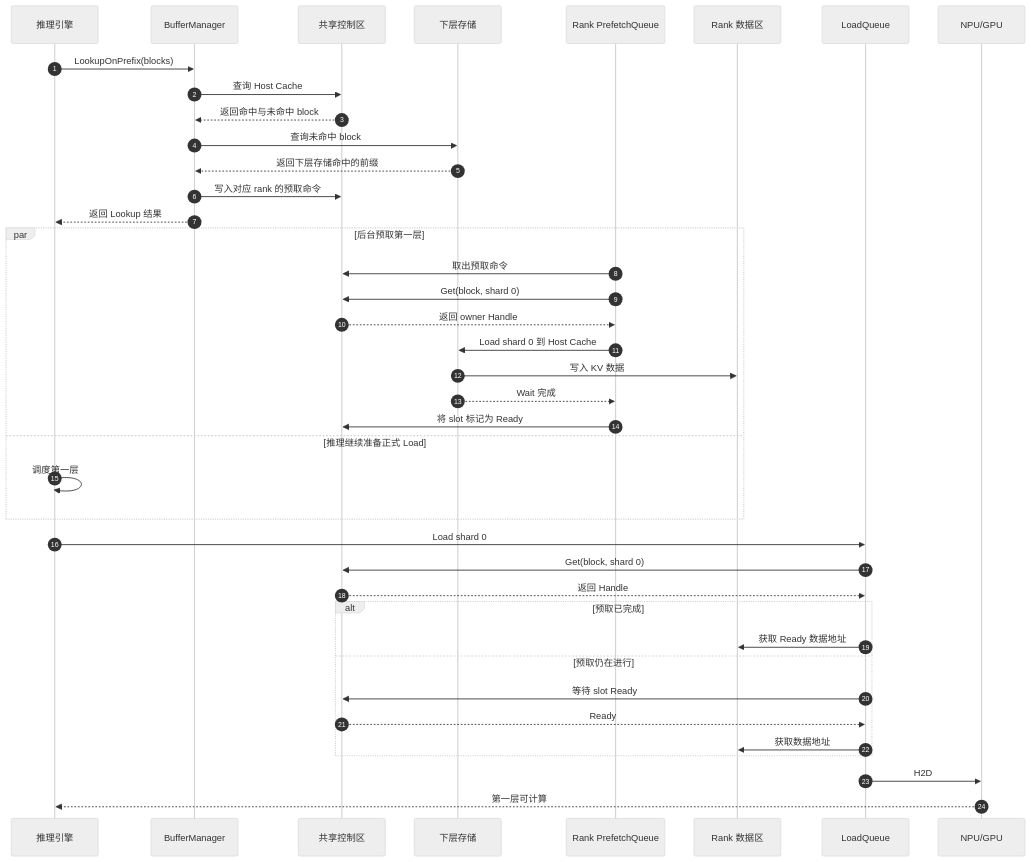
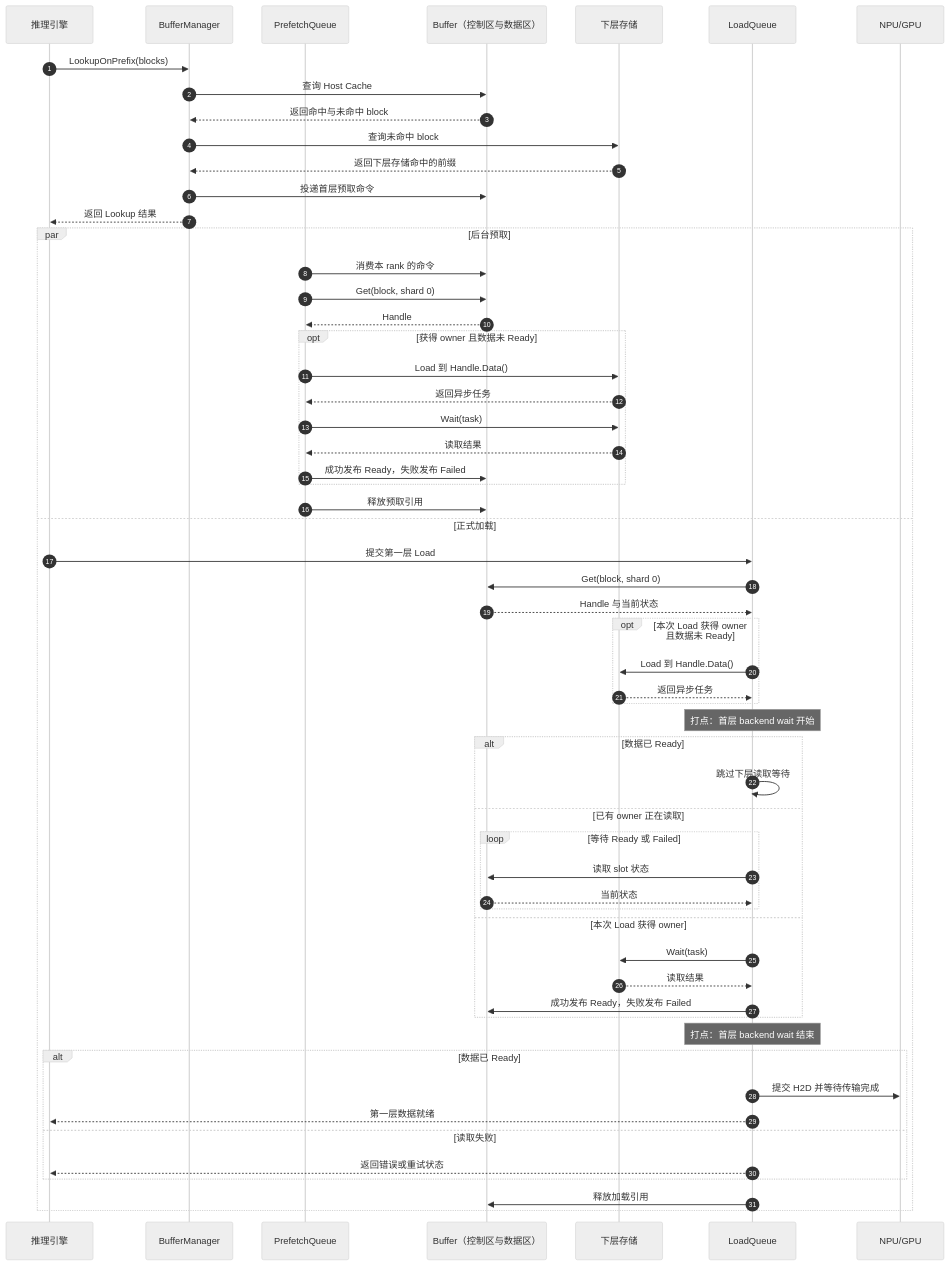
The second of 2 diagrams in docs/source/developer-guide/cache_control_data_separation_and_first_layer_prefetch.md (NaganooMei/unified-cache-management), drawn with Mermaid (neutral theme) before and after one commit. The commit also changed other lines of this file and 1 other file, not shown here.

Commit message:
docs: refine cache design narrative and diagrams

```diff
--- a/docs/source/developer-guide/cache_control_data_separation_and_first_layer_prefetch.md
+++ b/docs/source/developer-guide/cache_control_data_separation_and_first_layer_prefetch.md
@@ -139,45 +91,62 @@
 ~~~mermaid
 sequenceDiagram
     autonumber
     participant E as 推理引擎
     participant M as BufferManager
-    participant C as 共享控制区
+    participant P as PrefetchQueue
+    participant C as Buffer（控制区与数据区）
     participant B as 下层存储
-    participant P as Rank PrefetchQueue
-    participant D as Rank 数据区
     participant L as LoadQueue
     participant N as NPU/GPU
 
     E->>M: LookupOnPrefix(blocks)
     M->>C: 查询 Host Cache
     C-->>M: 返回命中与未命中 block
     M->>B: 查询未命中 block
     B-->>M: 返回下层存储命中的前缀
-    M->>C: 写入对应 rank 的预取命令
+    M->>C: 投递首层预取命令
     M-->>E: 返回 Lookup 结果
 
-    par 后台预取第一层
-        P->>C: 取出预取命令
+    par 后台预取
+        P->>C: 消费本 rank 的命令
         P->>C: Get(block, shard 0)
-        C-->>P: 返回 owner Handle
-        P->>B: Load shard 0 到 Host Cache
-        B->>D: 写入 KV 数据
-        B-->>P: Wait 完成
-        P->>C: 将 slot 标记为 Ready
-    and 推理继续准备正式 Load
-        E->>E: 调度第一层
+        C-->>P: Handle
+        opt 获得 owner 且数据未 Ready
+            P->>B: Load 到 Handle.Data()
+            B-->>P: 返回异步任务
+            P->>B: Wait(task)
+            B-->>P: 读取结果
+            P->>C: 成功发布 Ready，失败发布 Failed
+        end
+        P->>C: 释放预取引用
+    and 正式加载
+        E->>L: 提交第一层 Load
+        L->>C: Get(block, shard 0)
+        C-->>L: Handle 与当前状态
+        opt 本次 Load 获得 owner 且数据未 Ready
+            L->>B: Load 到 Handle.Data()
+            B-->>L: 返回异步任务
+        end
+        Note over L: 打点：首层 backend wait 开始
+        alt 数据已 Ready
+            L->>L: 跳过下层读取等待
+        else 已有 owner 正在读取
+            loop 等待 Ready 或 Failed
+                L->>C: 读取 slot 状态
+                C-->>L: 当前状态
+            end
+        else 本次 Load 获得 owner
+            L->>B: Wait(task)
+            B-->>L: 读取结果
+            L->>C: 成功发布 Ready，失败发布 Failed
+        end
+        Note over L: 打点：首层 backend wait 结束
+        alt 数据已 Ready
+            L->>N: 提交 H2D 并等待传输完成
+            L-->>E: 第一层数据就绪
+        else 读取失败
+            L-->>E: 返回错误或重试状态
+        end
+        L->>C: 释放加载引用
     end
-
-    E->>L: Load shard 0
-    L->>C: Get(block, shard 0)
-    C-->>L: 返回 Handle
-    alt 预取已完成
-        L->>D: 获取 Ready 数据地址
-    else 预取仍在进行
-        L->>C: 等待 slot Ready
-        C-->>L: Ready
-        L->>D: 获取数据地址
-    end
-    L->>N: H2D
-    N-->>E: 第一层可计算
 ~~~
```
